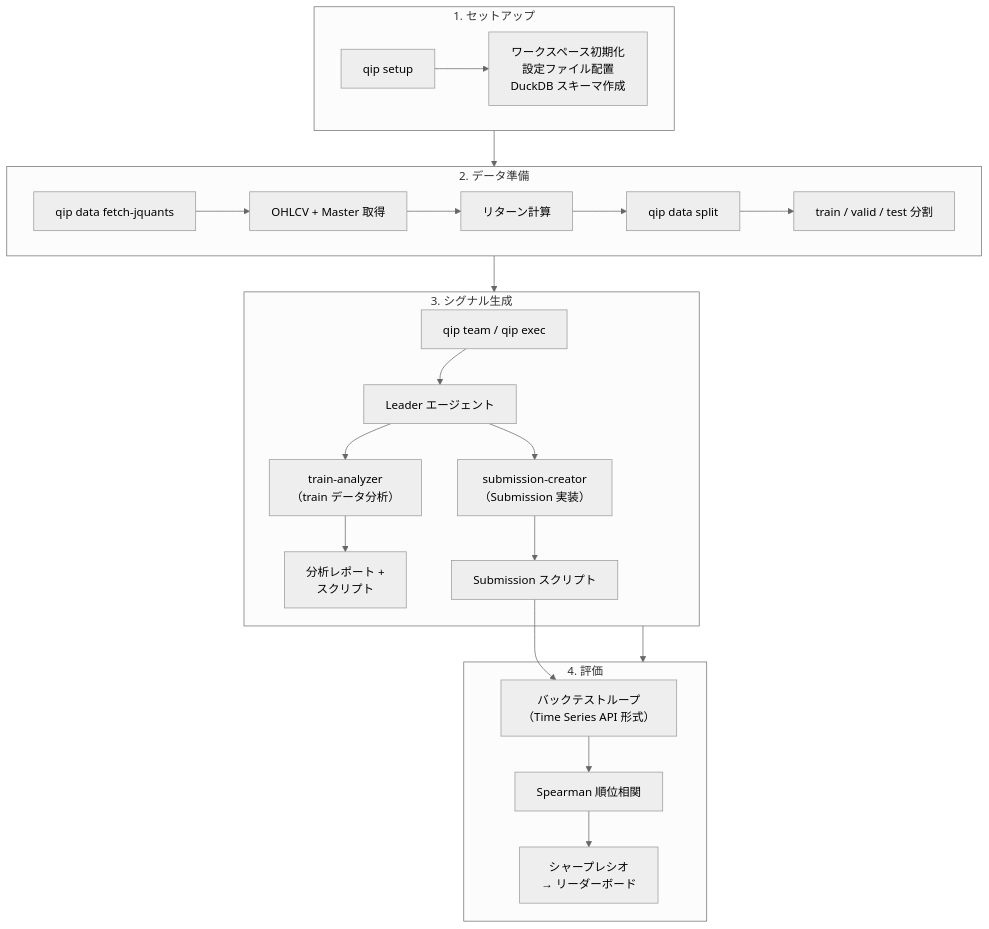
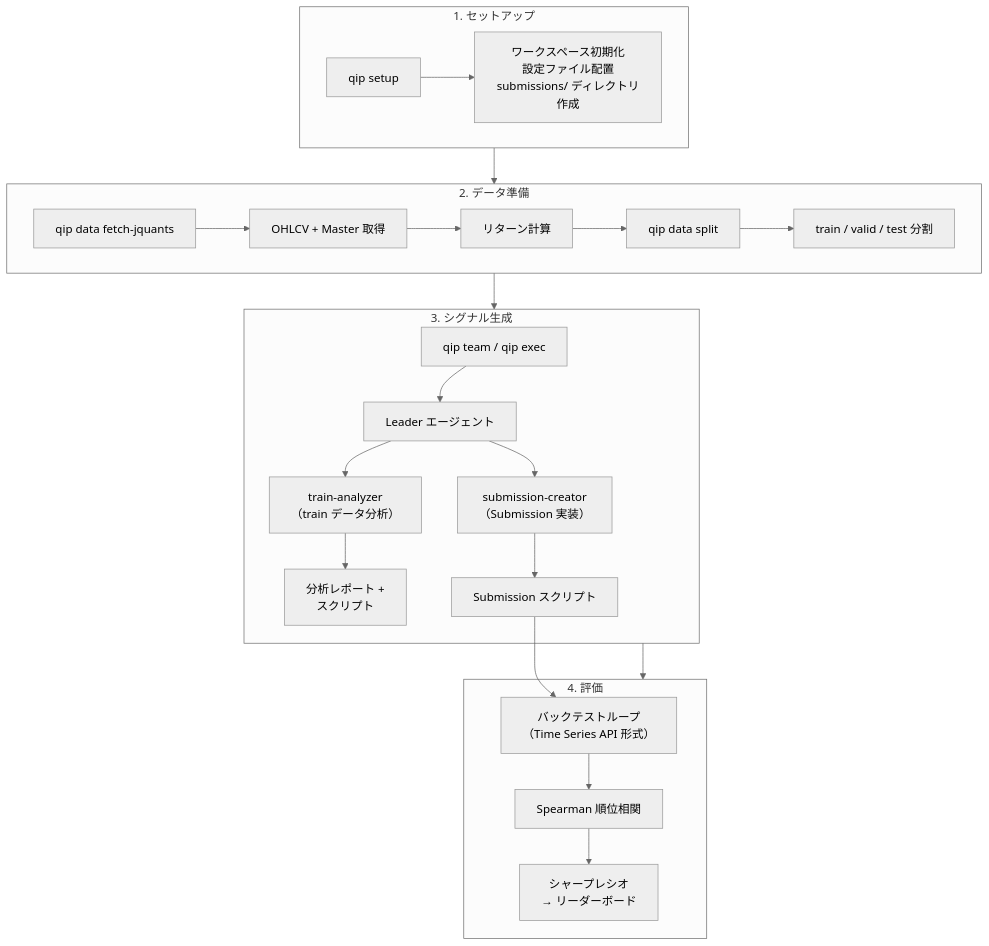
The first of 4 diagrams in docs/system-flow.md (drillan/mixseek-quant-insight-plus), drawn with Mermaid (neutral theme) before and after one commit. The commit also changed other lines of this file and 10 other files, not shown here.

````diff
--- a/docs/system-flow.md
+++ b/docs/system-flow.md
@@ -7,31 +7,31 @@
 ```{mermaid}
 flowchart TB
     subgraph Phase1["1. セットアップ"]
-        A["qip setup"] --> B["ワークスペース初期化<br>設定ファイル配置<br>DuckDB スキーマ作成"]
+        A["qip setup"] --> B["ワークスペース初期化<br>設定ファイル配置<br>submissions/ ディレクトリ作成"]
     end
 
     subgraph Phase2["2. データ準備"]
         C["qip data fetch-jquants"] --> D["OHLCV + Master 取得"]
         D --> E["リターン計算"]
         E --> F["qip data split"]
         F --> G["train / valid / test 分割"]
     end
 
     subgraph Phase3["3. シグナル生成"]
         H["qip team / qip exec"] --> I["Leader エージェント"]
         I --> J["train-analyzer<br>（train データ分析）"]
         I --> K["submission-creator<br>（Submission 実装）"]
         J --> L["分析レポート +<br>スクリプト"]
         K --> M["Submission スクリプト"]
     end
 
     subgraph Phase4["4. 評価"]
         M --> N["バックテストループ<br>（Time Series API 形式）"]
         N --> O["Spearman 順位相関"]
         O --> P["シャープレシオ<br>→ リーダーボード"]
     end
 
     Phase1 --> Phase2
     Phase2 --> Phase3
     Phase3 --> Phase4
 ```
````
